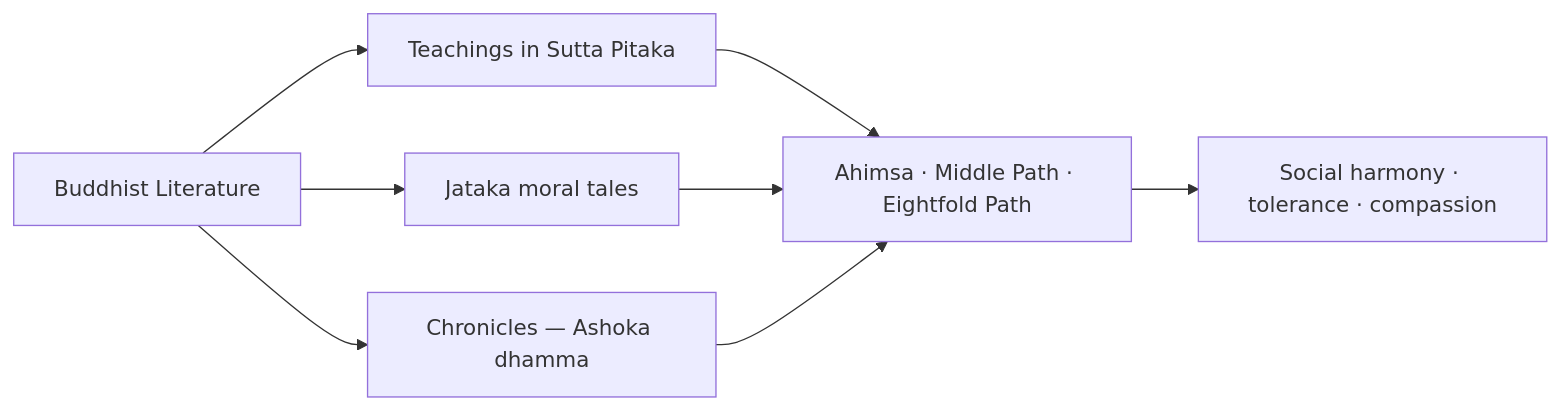
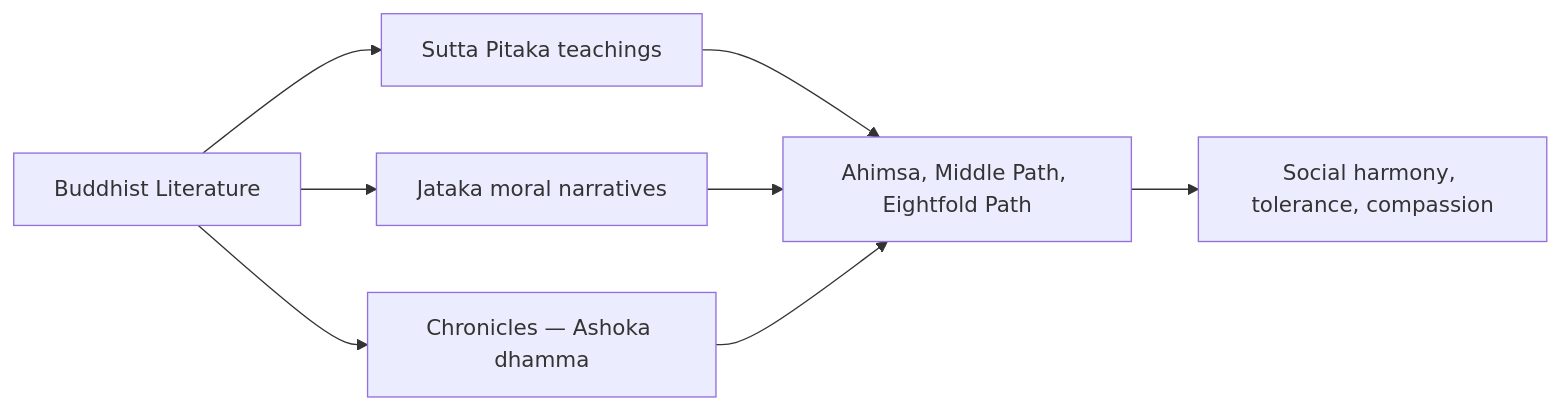
One commit to nitishpratap/UP-PCS changed the second of 2 diagrams in mains-pyqs/GS-1/01_Art_Culture/12_Buddhist_Literature.md. Above: the diagram before and after it, drawn with Mermaid. The commit also changed other lines of this file and 97 other files, not shown here.

````diff
--- a/mains-pyqs/GS-1/01_Art_Culture/12_Buddhist_Literature.md
+++ b/mains-pyqs/GS-1/01_Art_Culture/12_Buddhist_Literature.md
@@ -154,10 +143,10 @@
 ```mermaid
 flowchart LR
-  L[Buddhist Literature] --> T[Teachings in Sutta Pitaka]
-  L --> J[Jataka moral tales]
+  L[Buddhist Literature] --> T[Sutta Pitaka teachings]
+  L --> J[Jataka moral narratives]
   L --> C[Chronicles — Ashoka dhamma]
-  T --> P[Ahimsa · Middle Path · Eightfold Path]
+  T --> P[Ahimsa, Middle Path, Eightfold Path]
   J --> P
   C --> P
-  P --> S[Social harmony · tolerance · compassion]
+  P --> S[Social harmony, tolerance, compassion]
 ```
````
